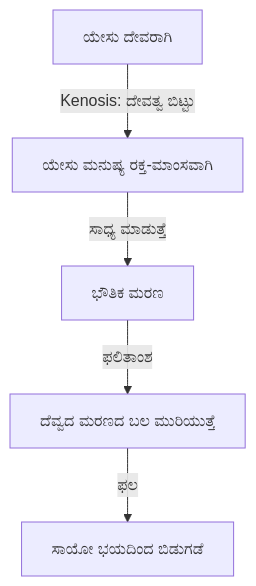
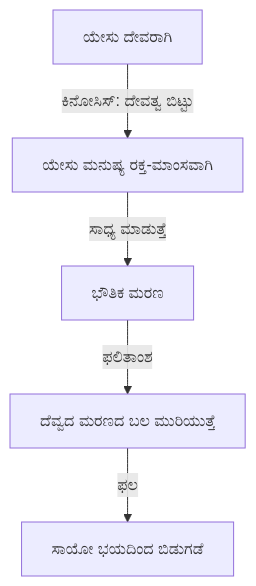
Before and after one commit to notnotnithin/Bible-Discourse: the third of 3 diagrams in Revelation/Revelation-Chapter-1-Notes-Kannada.md, drawn with Mermaid. The commit also changed other lines of this file, not shown here.

````diff
--- a/Revelation/Revelation-Chapter-1-Notes-Kannada.md
+++ b/Revelation/Revelation-Chapter-1-Notes-Kannada.md
@@ -896,7 +896,7 @@
 ```mermaid
 flowchart TD
-    A[ಯೇಸು ದೇವರಾಗಿ] -->|Kenosis: ದೇವತ್ವ ಬಿಟ್ಟು| B[ಯೇಸು ಮನುಷ್ಯ ರಕ್ತ-ಮಾಂಸವಾಗಿ]
+    A[ಯೇಸು ದೇವರಾಗಿ] -->|ಕಿನೋಸಿಸ್: ದೇವತ್ವ ಬಿಟ್ಟು| B[ಯೇಸು ಮನುಷ್ಯ ರಕ್ತ-ಮಾಂಸವಾಗಿ]
     B -->|ಸಾಧ್ಯ ಮಾಡುತ್ತೆ| C[ಭೌತಿಕ ಮರಣ]
     C -->|ಫಲಿತಾಂಶ| D[ದೆವ್ವದ ಮರಣದ ಬಲ ಮುರಿಯುತ್ತೆ]
     D -->|ಫಲ| E[ಸಾಯೋ ಭಯದಿಂದ ಬಿಡುಗಡೆ]
 ```
````
